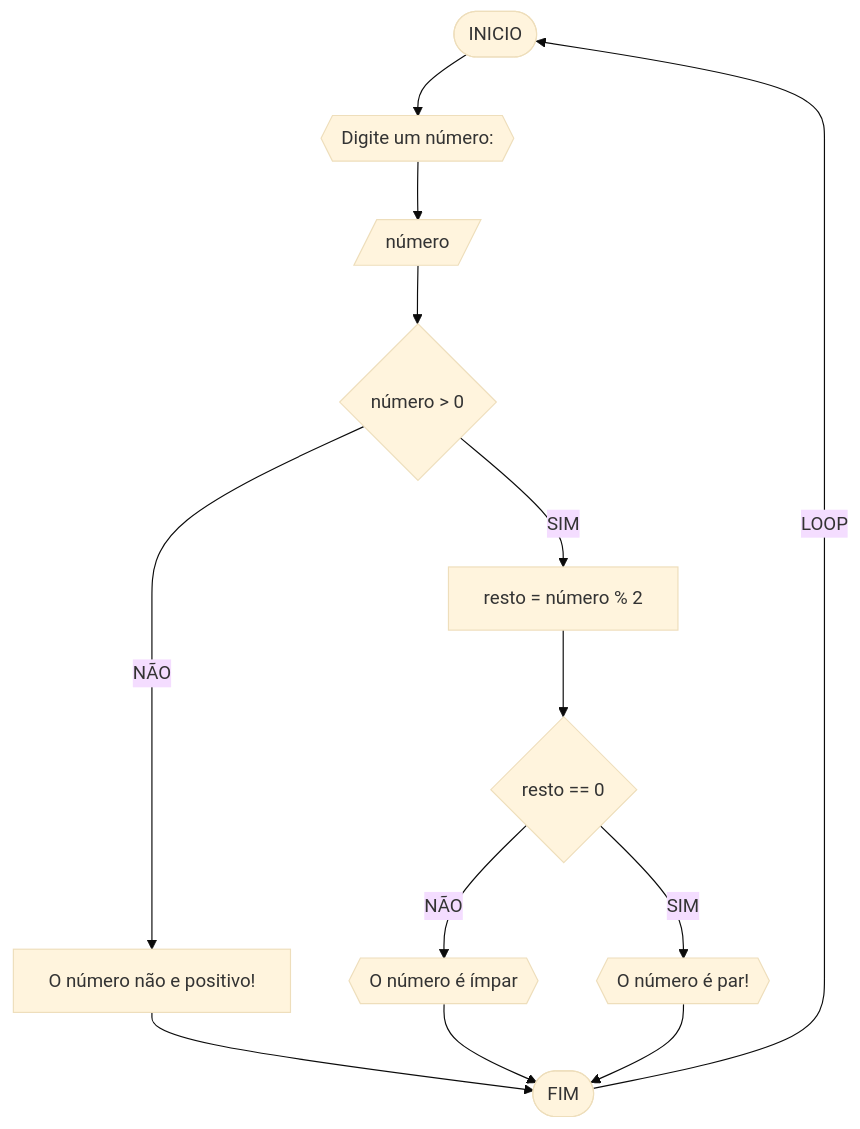
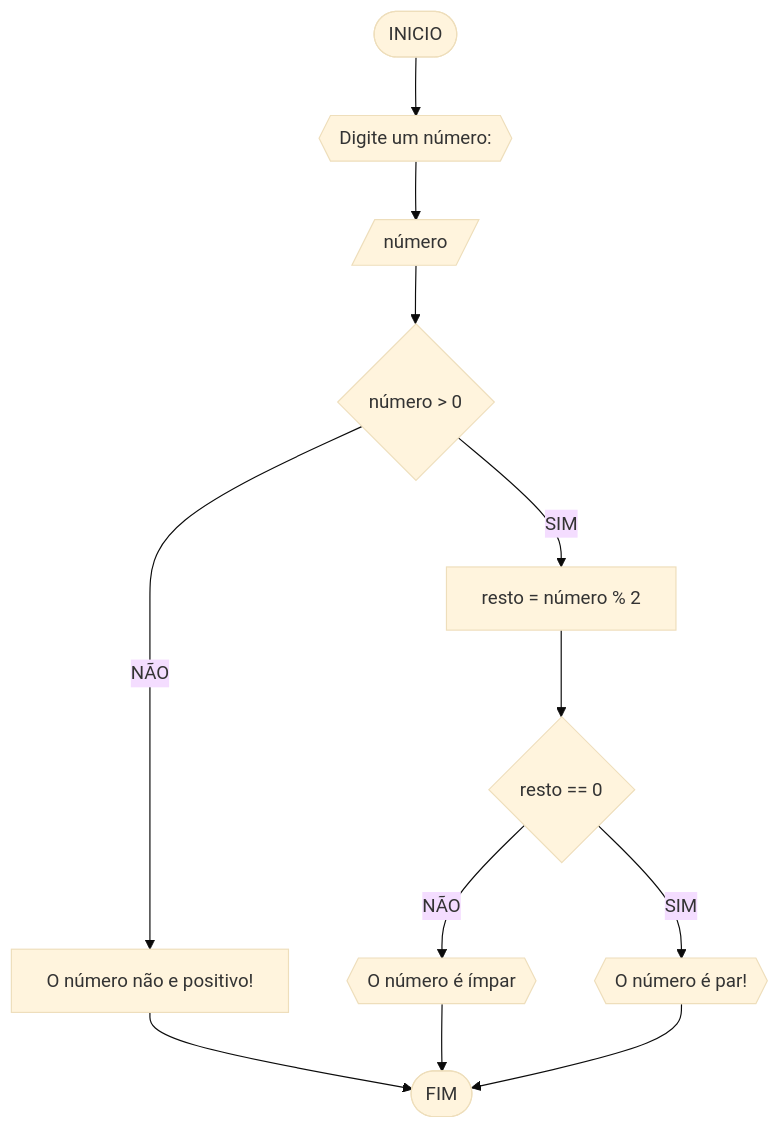
The first of 4 diagrams in RLA/Lista de Exercícios 03.md (IamTheNewGhost57/Unifor), drawn with Mermaid (base theme) before and after one commit. The commit also changed other lines of this file, not shown here.

````diff
--- a/RLA/Lista de Exercícios 03.md
+++ b/RLA/Lista de Exercícios 03.md
@@ -10,15 +10,14 @@
 ```mermaid
 flowchart TD  
  A([INICIO]) --> B{{Digite um número: }}
   B --> C[/número/]
   C --> D{número > 0}
   D --NÃO--> E[O número não e positivo!]
   D --SIM--> F[resto = número % 2]
   E --> Z([FIM])
   F --> G{resto == 0}
   G --NÃO--> H{{O número é ímpar}}
   G --SIM--> I{{O número é par!}}
   H --> Z
   I --> Z
-  Z --LOOP--> A
 ```
````
